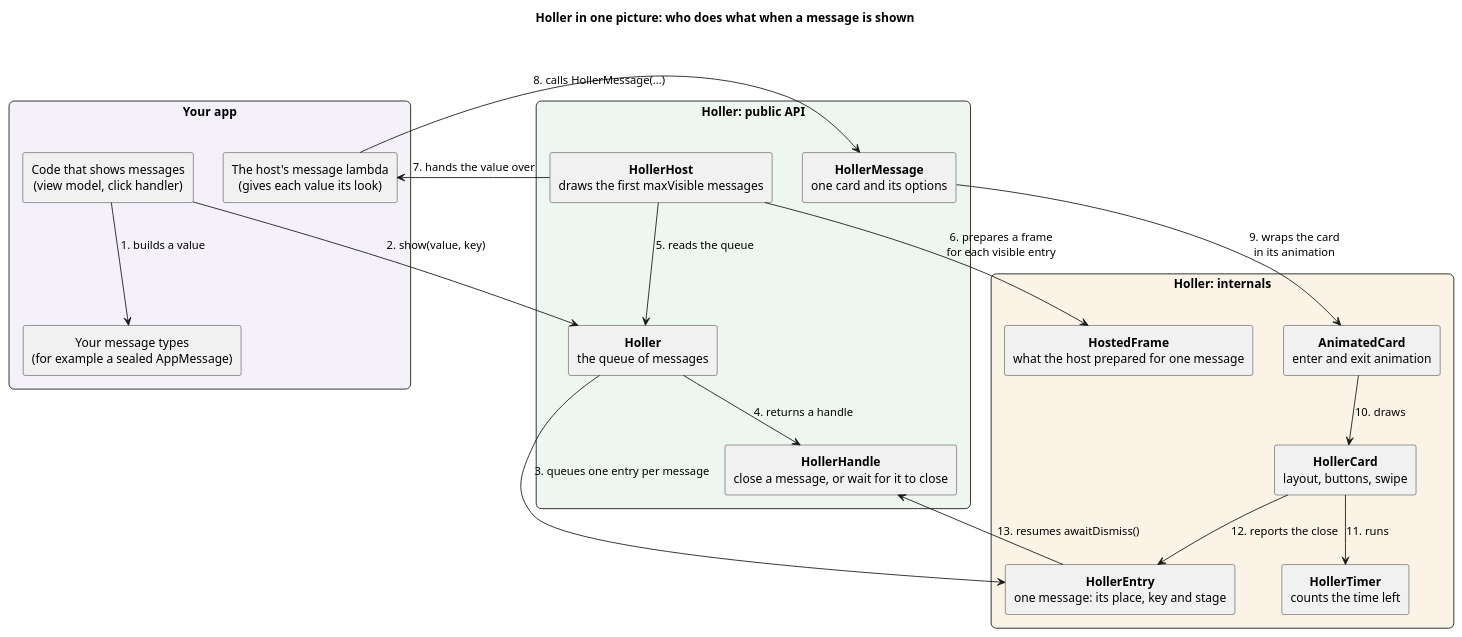
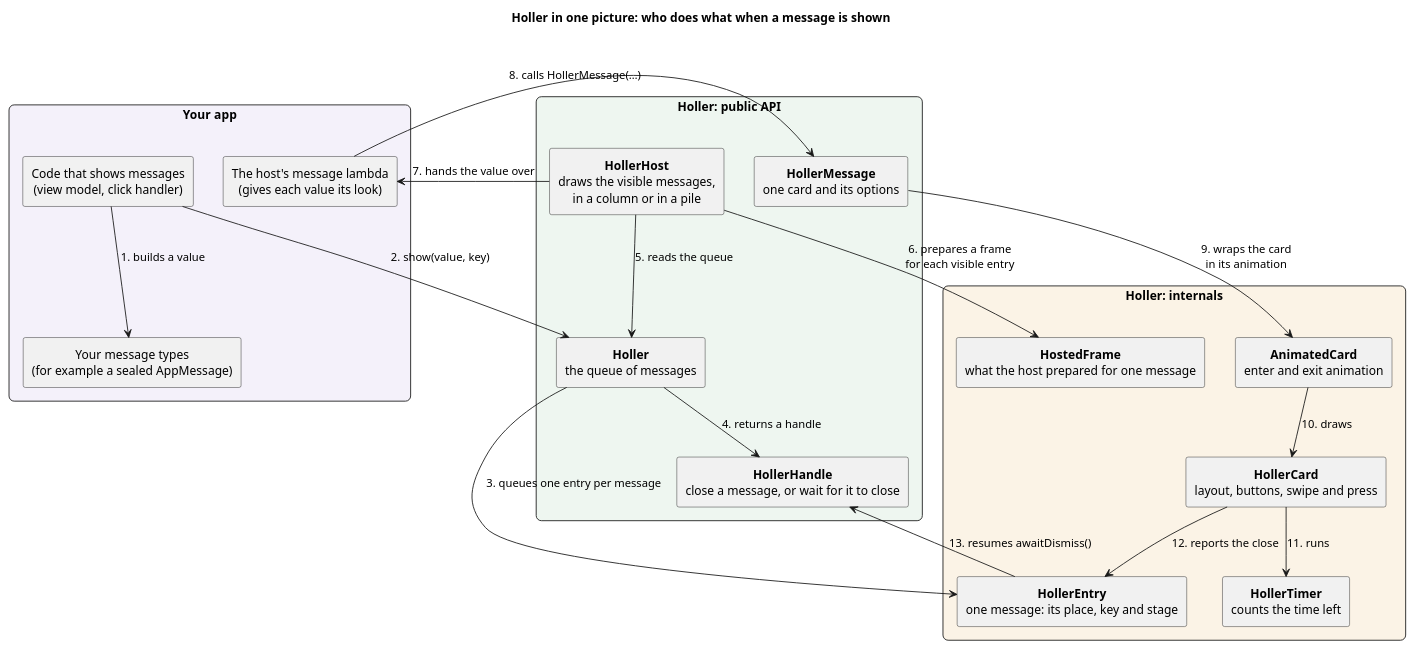
One commit to mradzinski/Holler changed the diagram in docs/holler-1-overview.puml. Above: the diagram before and after it, drawn with PlantUML. The commit also changed 15 other files, not shown here.

Commit message:
Updated the architecture diagrams and removed their SVG versions

```diff
--- a/docs/holler-1-overview.puml
+++ b/docs/holler-1-overview.puml
@@ -1,46 +1,46 @@
 @startuml holler-1-overview
 title Holler in one picture: who does what when a message is shown
 
 skinparam shadowing false
 skinparam defaultTextAlignment center
 skinparam componentStyle rectangle
 skinparam rectangle {
     RoundCorner 12
 }
 
 rectangle "Your app" as app #F4F1FA {
     component "Code that shows messages\n(view model, click handler)" as caller
     component "Your message types\n(for example a sealed AppMessage)" as types
     component "The host's message lambda\n(gives each value its look)" as lambda
 }
 
 rectangle "Holler: public API" as api #EEF6F0 {
     component "**Holler**\nthe queue of messages" as holler
-    component "**HollerHost**\ndraws the first maxVisible messages" as host
+    component "**HollerHost**\ndraws the visible messages,\nin a column or in a pile" as host
     component "**HollerMessage**\none card and its options" as message
     component "**HollerHandle**\nclose a message, or wait for it to close" as handle
 }
 
 rectangle "Holler: internals" as internals #FBF3E6 {
     component "**HollerEntry**\none message: its place, key and stage" as entry
     component "**HostedFrame**\nwhat the host prepared for one message" as frame
     component "**AnimatedCard**\nenter and exit animation" as animated
-    component "**HollerCard**\nlayout, buttons, swipe" as card
+    component "**HollerCard**\nlayout, buttons, swipe and press" as card
     component "**HollerTimer**\ncounts the time left" as timer
 }
 
 caller --> types : 1. builds a value
 caller --> holler : 2. show(value, key)
 holler --> entry : 3. queues one entry per message
 holler --> handle : 4. returns a handle
 host --> holler : 5. reads the queue
 host --> frame : 6. prepares a frame\nfor each visible entry
 host --> lambda : 7. hands the value over
 lambda --> message : 8. calls HollerMessage(…)
 message --> animated : 9. wraps the card\nin its animation
 animated --> card : 10. draws
 card --> timer : 11. runs
 card --> entry : 12. reports the close
 entry --> handle : 13. resumes awaitDismiss()
 
 @enduml
```
